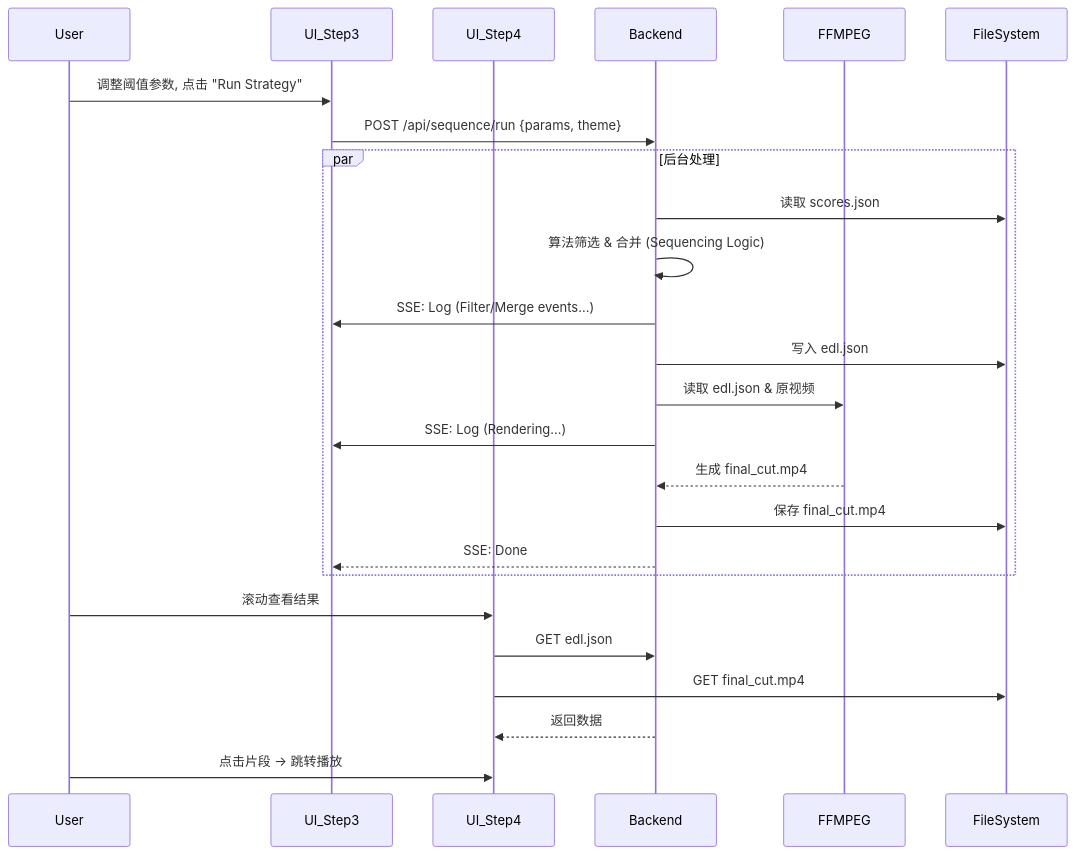
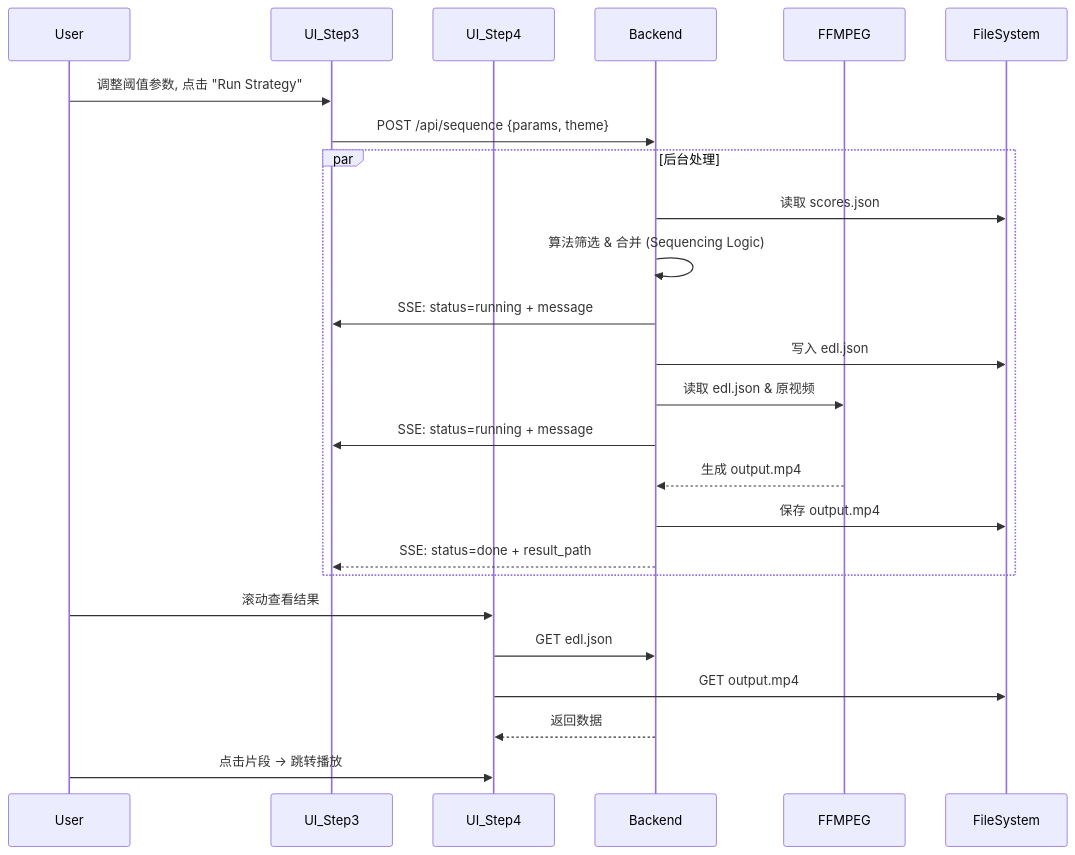
The diagram in STAGE3_4_PLAN.md (shaowenfu/VidSynth), drawn with Mermaid before and after one commit. The commit also changed other lines of this file and 20 other files, not shown here.

````diff
--- a/STAGE3_4_PLAN.md
+++ b/STAGE3_4_PLAN.md
@@ -130,31 +143,31 @@
 ```mermaid
 sequenceDiagram
     participant User
     participant UI_Step3
     participant UI_Step4
     participant Backend
     participant FFMPEG
     participant FileSystem
 
     User->>UI_Step3: 调整阈值参数, 点击 "Run Strategy"
-    UI_Step3->>Backend: POST /api/sequence/run {params, theme}
+    UI_Step3->>Backend: POST /api/sequence {params, theme}
     
     par 后台处理
         Backend->>FileSystem: 读取 scores.json
         Backend->>Backend: 算法筛选 & 合并 (Sequencing Logic)
-        Backend->>UI_Step3: SSE: Log (Filter/Merge events...)
+        Backend->>UI_Step3: SSE: status=running + message
         Backend->>FileSystem: 写入 edl.json
         
         Backend->>FFMPEG: 读取 edl.json & 原视频
-        Backend->>UI_Step3: SSE: Log (Rendering...)
-        FFMPEG-->>Backend: 生成 final_cut.mp4
-        Backend->>FileSystem: 保存 final_cut.mp4
-        Backend-->>UI_Step3: SSE: Done
+        Backend->>UI_Step3: SSE: status=running + message
+        FFMPEG-->>Backend: 生成 output.mp4
+        Backend->>FileSystem: 保存 output.mp4
+        Backend-->>UI_Step3: SSE: status=done + result_path
     end
     
     User->>UI_Step4: 滚动查看结果
     UI_Step4->>Backend: GET edl.json
-    UI_Step4->>FileSystem: GET final_cut.mp4
+    UI_Step4->>FileSystem: GET output.mp4
     Backend-->>UI_Step4: 返回数据
     User->>UI_Step4: 点击片段 -> 跳转播放
 ```
````
